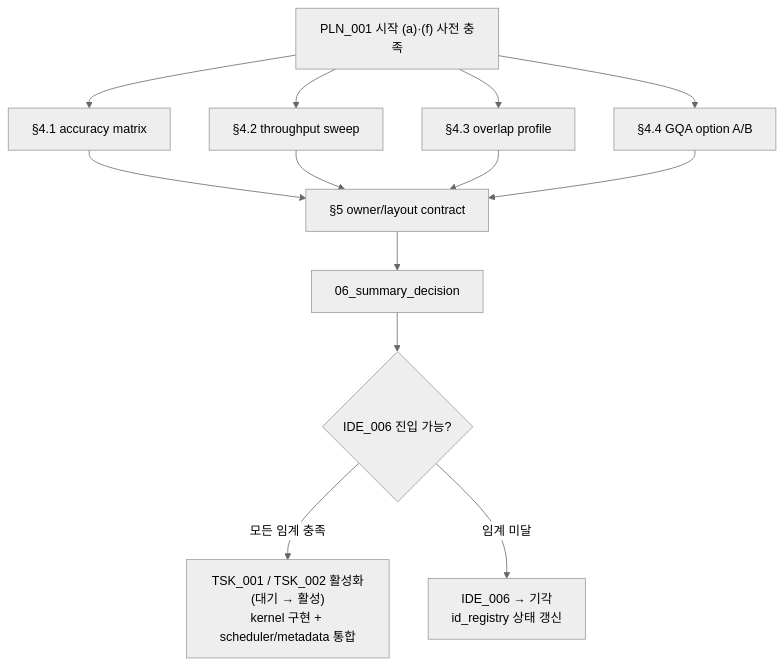
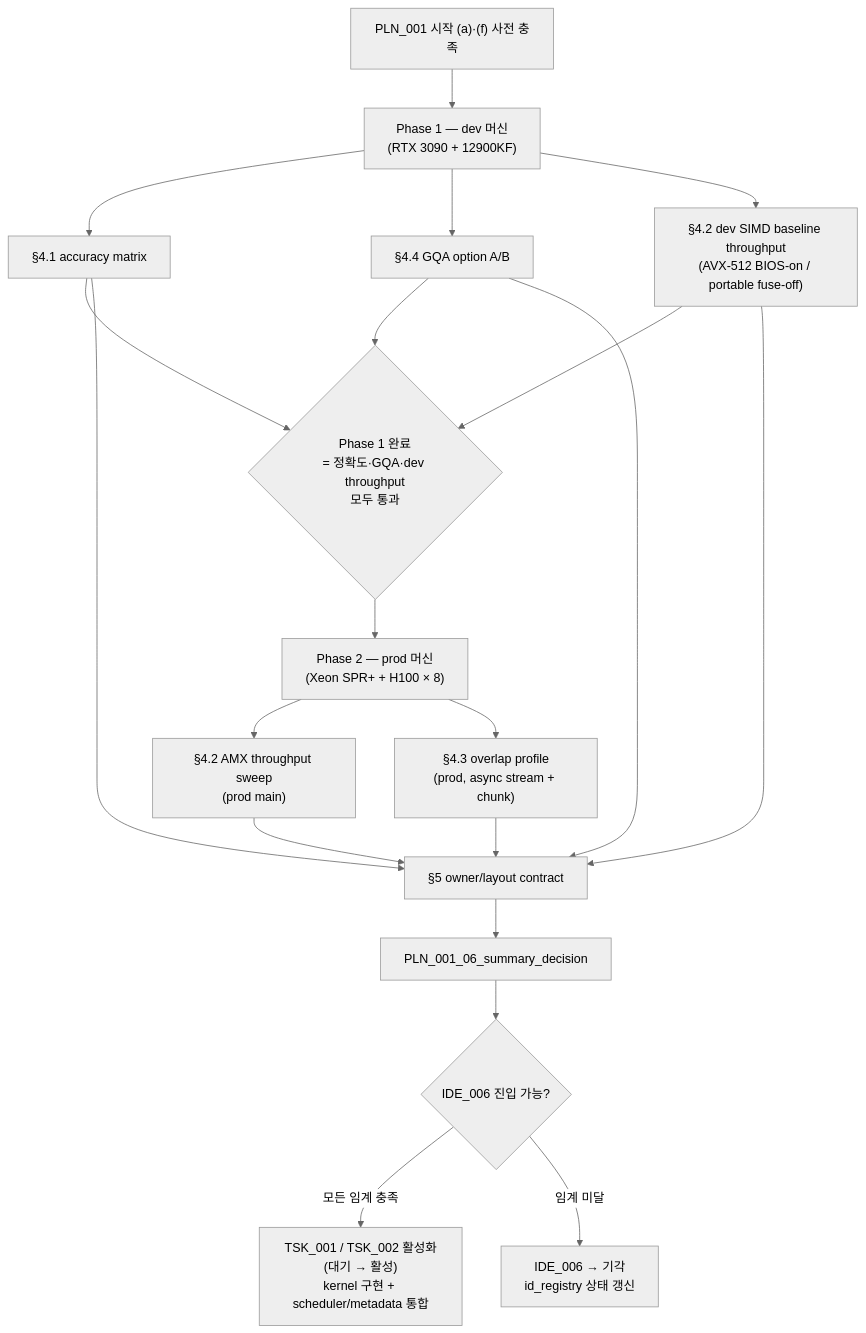
The diagram in shadow_assists/features/IDE_006/PLN_001.md (mystous/vllm_hybrid), drawn with Mermaid (neutral theme) before and after one commit. The commit also changed other lines of this file and 3 other files, not shown here.

````diff
--- a/shadow_assists/features/IDE_006/PLN_001.md
+++ b/shadow_assists/features/IDE_006/PLN_001.md
@@ -155,16 +157,28 @@
 ```mermaid
 flowchart TB
     P0["PLN_001 시작 (a)·(f) 사전 충족"]
-    P0 --> A["§4.1 accuracy matrix"]
-    P0 --> B["§4.2 throughput sweep"]
-    P0 --> C["§4.3 overlap profile"]
-    P0 --> D["§4.4 GQA option A/B"]
+    P0 --> P1["Phase 1 — dev 머신<br/>(RTX 3090 + 12900KF)"]
+
+    P1 --> A["§4.1 accuracy matrix"]
+    P1 --> D["§4.4 GQA option A/B"]
+    P1 --> B1["§4.2 dev SIMD baseline throughput<br/>(AVX-512 BIOS-on / portable fuse-off)"]
+
+    A --> P1DONE{"Phase 1 완료<br/>= 정확도·GQA·dev throughput<br/>모두 통과"}
+    D --> P1DONE
+    B1 --> P1DONE
+
+    P1DONE --> P2["Phase 2 — prod 머신<br/>(Xeon SPR+ + H100 × 8)"]
+    P2 --> B2["§4.2 AMX throughput sweep<br/>(prod main)"]
+    P2 --> C["§4.3 overlap profile<br/>(prod, async stream + chunk)"]
+
     A --> CL["§5 owner/layout contract"]
-    B --> CL
+    D --> CL
+    B1 --> CL
+    B2 --> CL
     C --> CL
-    D --> CL
-    CL --> SUM["06_summary_decision"]
+
+    CL --> SUM["PLN_001_06_summary_decision"]
     SUM --> GO{"IDE_006 진입 가능?"}
     GO -->|모든 임계 충족| TSK["TSK_001 / TSK_002 활성화<br/>(대기 → 활성)<br/>kernel 구현 + scheduler/metadata 통합"]
     GO -->|임계 미달| REJ["IDE_006 → 기각<br/>id_registry 상태 갱신"]
 ```
````
